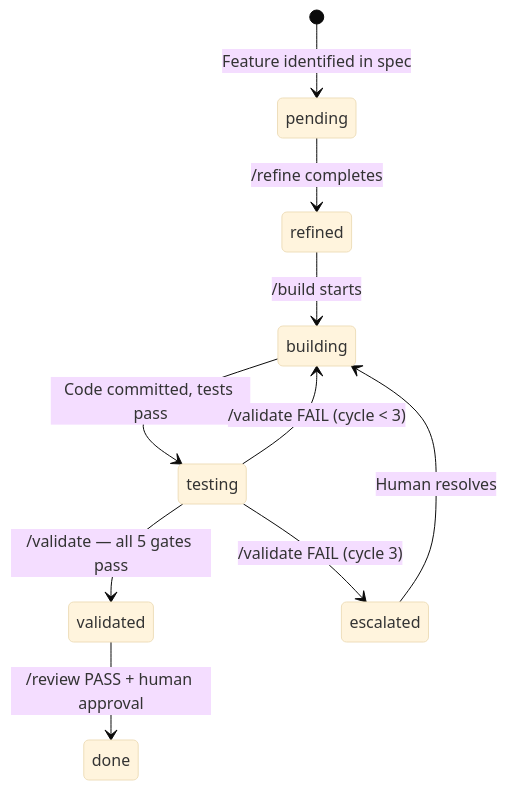
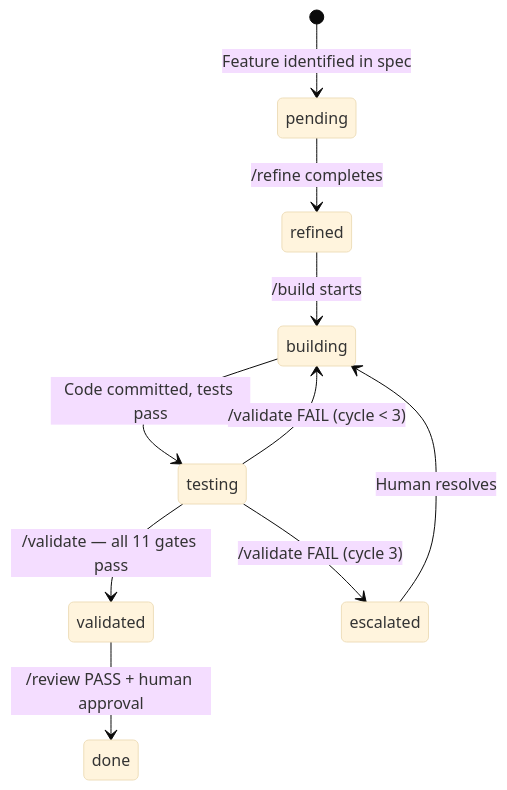
One commit to tipyaf/ai-spec-driven-generator changed the fifth of 6 diagrams in _docs/process.md. Above: the diagram before and after it, drawn with Mermaid (base theme). The commit also changed other lines of this file and 27 other files, not shown here.

````diff
--- a/_docs/process.md
+++ b/_docs/process.md
@@ -178,13 +194,13 @@
 ```mermaid
 stateDiagram-v2
     [*] --> pending: Feature identified in spec
     pending --> refined: /refine completes
     refined --> building: /build starts
     building --> testing: Code committed, tests pass
-    testing --> validated: /validate — all 5 gates pass
+    testing --> validated: /validate — all 11 gates pass
     validated --> done: /review PASS + human approval
 
     testing --> building: /validate FAIL (cycle < 3)
     testing --> escalated: /validate FAIL (cycle 3)
     escalated --> building: Human resolves
 ```
````
